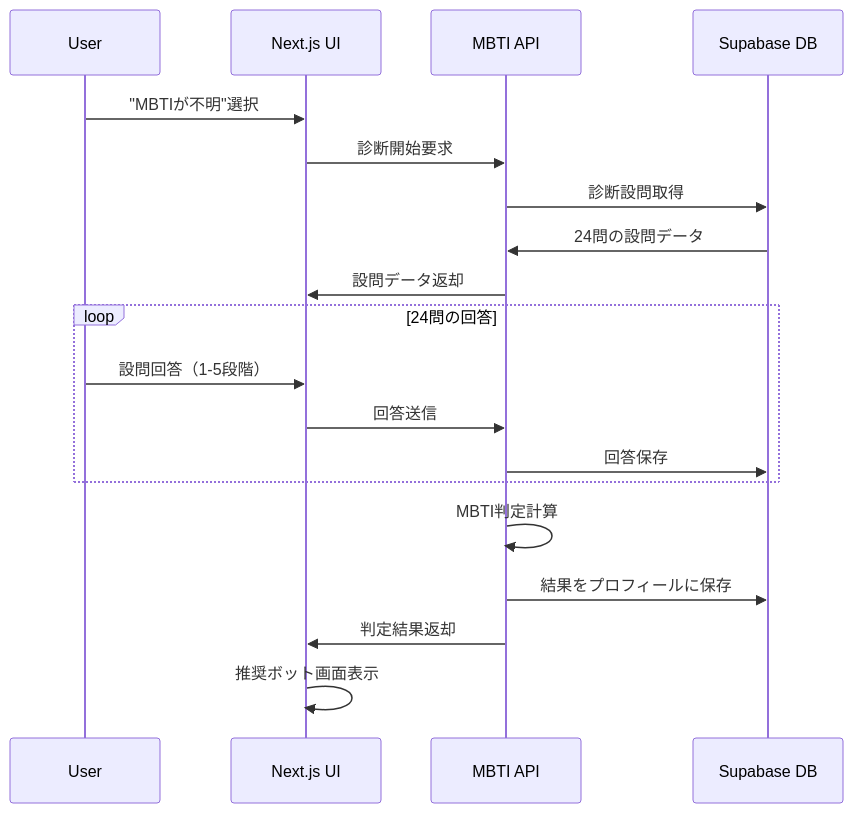
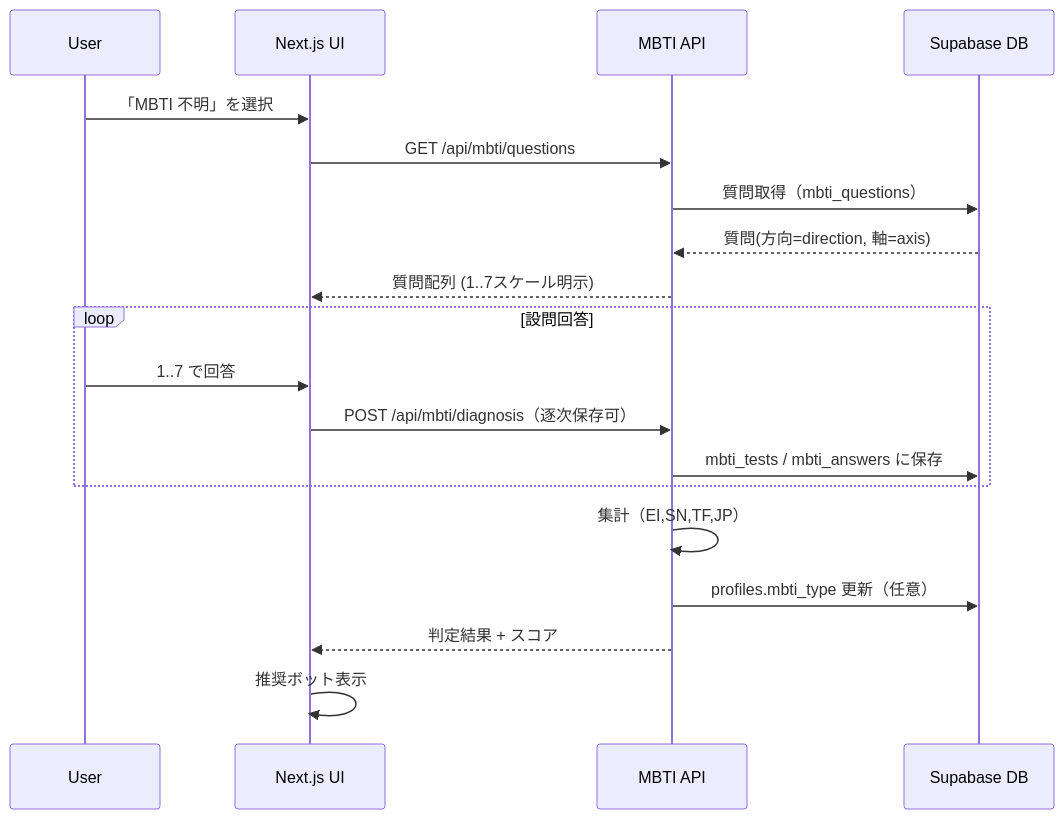
One commit to nunurio/chatmbti changed the third of 5 diagrams in .kiro/specs/mbti-chatbot-system/design.md. Above: the diagram before and after it, drawn with Mermaid. The commit also changed other lines of this file and 6 other files, not shown here.

First line of the commit message:
docs(changeset): add supabase-database-schema-implementation

````diff
--- a/.kiro/specs/mbti-chatbot-system/design.md
+++ b/.kiro/specs/mbti-chatbot-system/design.md
@@ -83,24 +106,24 @@
 ```mermaid
 sequenceDiagram
-    participant U as User
-    participant UI as Next.js UI
-    participant API as MBTI API
-    participant DB as Supabase DB
-    
-    U->>UI: "MBTIが不明"選択
-    UI->>API: 診断開始要求
-    API->>DB: 診断設問取得
-    DB->>API: 24問の設問データ
-    API->>UI: 設問データ返却
-    
-    loop 24問の回答
-        U->>UI: 設問回答（1-5段階）
-        UI->>API: 回答送信
-        API->>DB: 回答保存
-    end
-    
-    API->>API: MBTI判定計算
-    API->>DB: 結果をプロフィールに保存
-    API->>UI: 判定結果返却
-    UI->>UI: 推奨ボット画面表示
+  participant U as User
+  participant UI as Next.js UI
+  participant API as MBTI API
+  participant DB as Supabase DB
+
+  U->>UI: 「MBTI 不明」を選択
+  UI->>API: GET /api/mbti/questions
+  API->>DB: 質問取得（mbti_questions）
+  DB-->>API: 質問(方向=direction, 軸=axis)
+  API-->>UI: 質問配列 (1..7スケール明示)
+
+  loop 設問回答
+    U->>UI: 1..7 で回答
+    UI->>API: POST /api/mbti/diagnosis（逐次保存可）
+    API->>DB: mbti_tests / mbti_answers に保存
+  end
+
+  API->>API: 集計（EI,SN,TF,JP）
+  API->>DB: profiles.mbti_type 更新（任意）
+  API-->>UI: 判定結果 + スコア
+  UI->>UI: 推奨ボット表示
 ```
````
